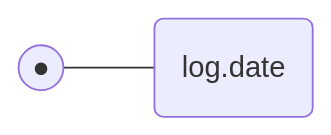
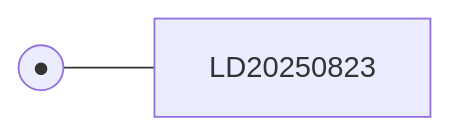
The diagram in README.md (Bennnto/journey), drawn with Mermaid before and after one commit.

Commit message:
chore(life-map): auto-update graph

````diff
--- a/README.md
+++ b/README.md
@@ -8,5 +8,5 @@
 ```mermaid
 graph LR
   D20250823((●))
-  D20250823 --- LD20250823(log.date)
+  D20250823 --- LD20250823
 ```
````
